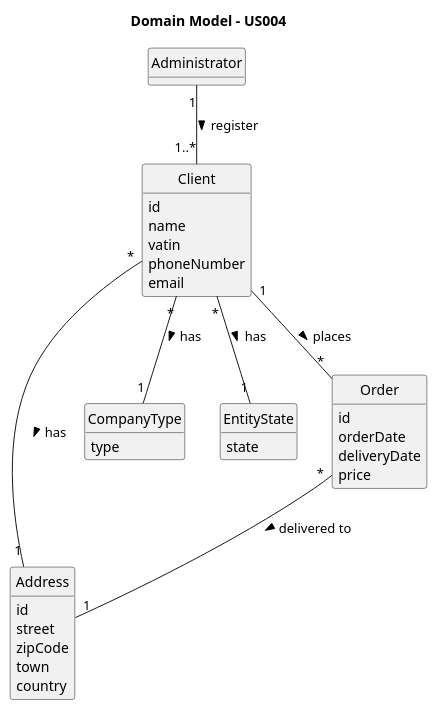
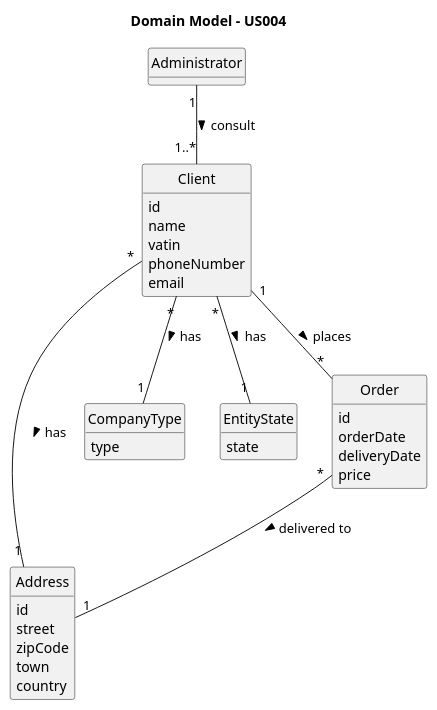
One commit to daniel41silva05/Production_Control_Industrial_ISEP changed the diagram in documentation/user-stories/us004/02.analysis/puml/us004-domain-model.puml. Above: the diagram before and after it, drawn with PlantUML. The commit also changed 16 other files, not shown here.

```diff
--- a/documentation/user-stories/us004/02.analysis/puml/us004-domain-model.puml
+++ b/documentation/user-stories/us004/02.analysis/puml/us004-domain-model.puml
@@ -1,54 +1,54 @@
 @startuml
 skinparam monochrome true
 skinparam packageStyle rectangle
 skinparam shadowing false
 
 skinparam classAttributeIconSize 0
 
 hide circle
 hide methods
 
 title Domain Model - US004
 
 class Administrator {
 }
 
 class Client {
     id
     name
     vatin
     phoneNumber
     email
 }
 
 class Address {
     id
     street
     zipCode
     town
     country
 }
 
 enum CompanyType {
     type
 }
 
 enum EntityState {
     state
 }
 
 class Order {
     id
     orderDate
     deliveryDate
     price
 }
 
-Administrator "1" -- "1..*" Client : register >
+Administrator "1" -- "1..*" Client : consult >
 Client "*" -- "1" Address : has >
 Client "*" -- "1" CompanyType : has >
 Client "*" -- "1" EntityState : has >
 Client "1" -- "*" Order : places >
 Order "*" -- "1" Address : delivered to >
 
 @enduml
```
